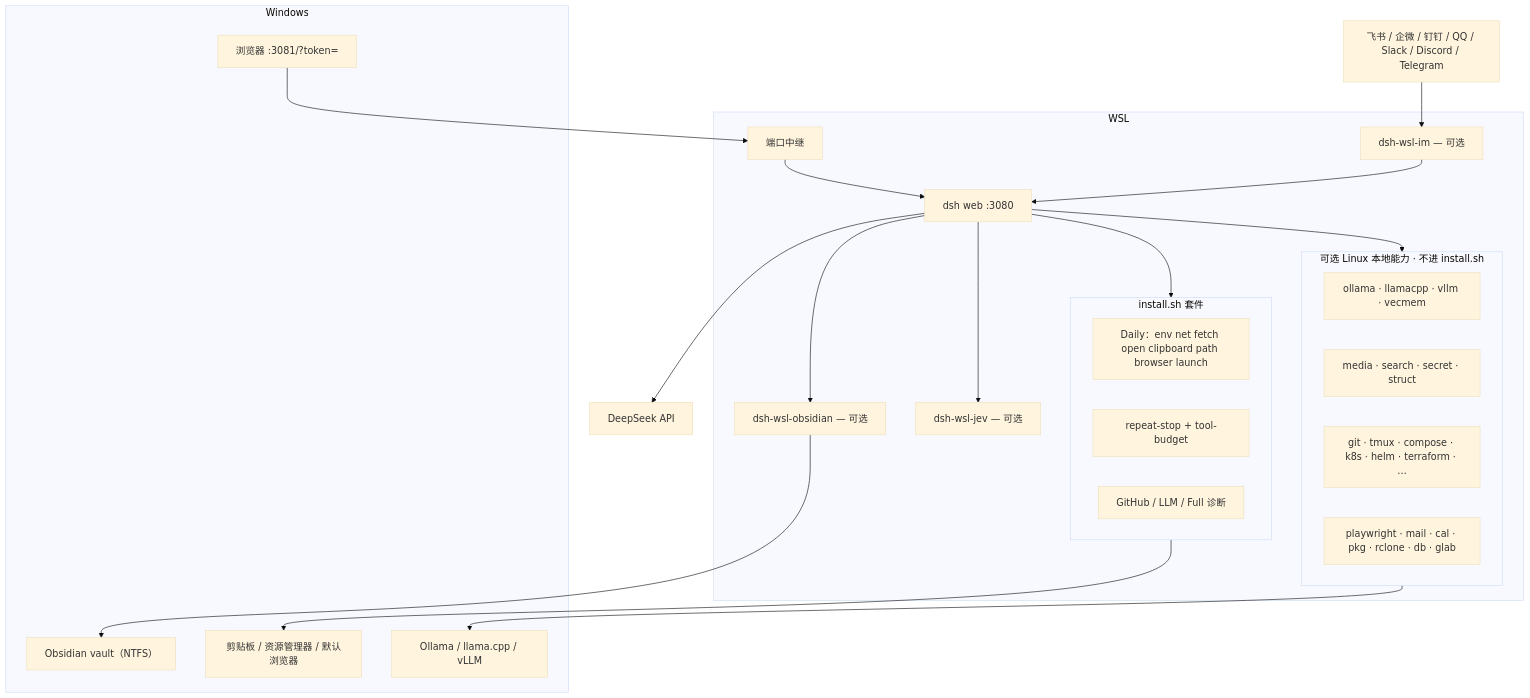
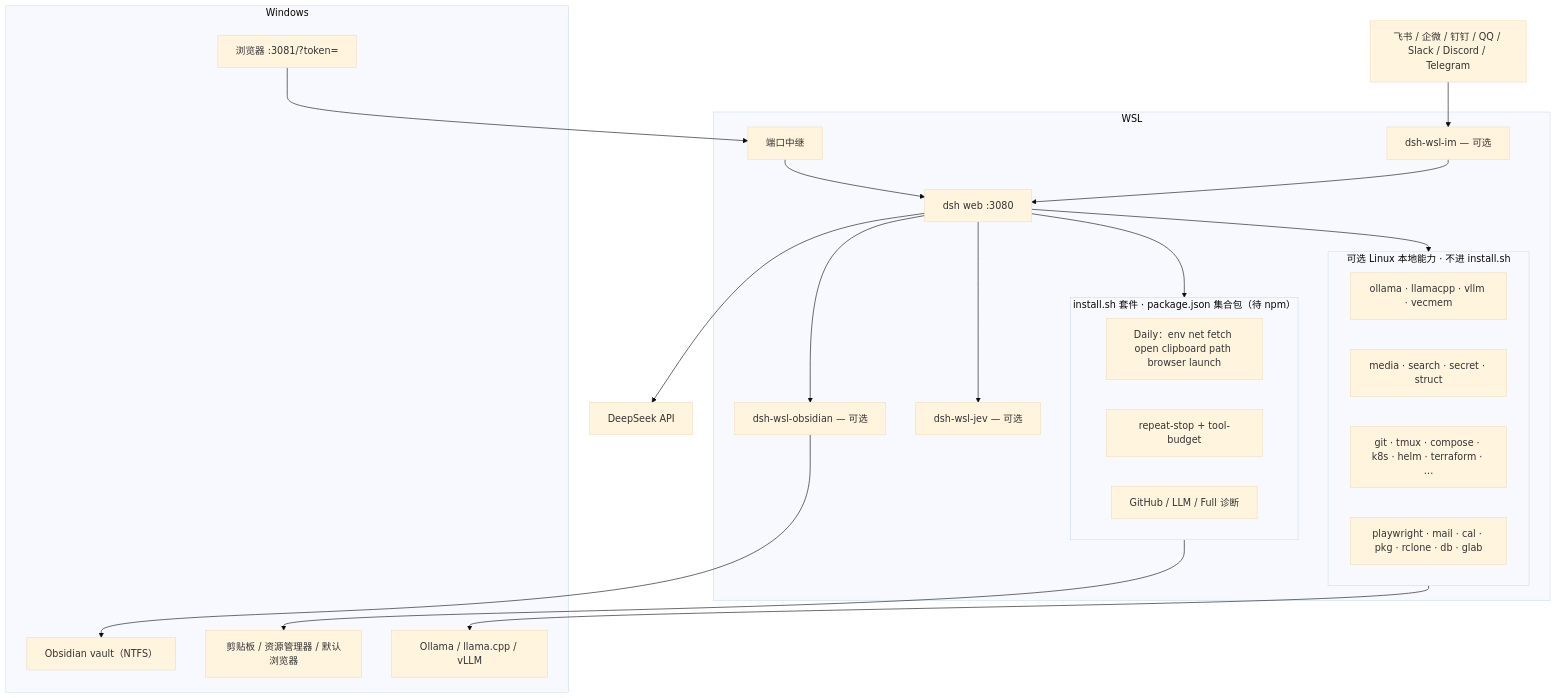
Before and after one commit to 173787247/dsh-wsl-kit: the diagram in README.zh.md, drawn with Mermaid (base theme). The commit also changed other lines of this file and 2 other files, not shown here.

First line of the commit message:
docs: say plainly that the bundle package is not installable yet

````diff
--- a/README.zh.md
+++ b/README.zh.md
@@ -15,40 +15,40 @@
 ```mermaid
 flowchart TB
   subgraph win [Windows]
     browser["浏览器 :3081/?token="]
     host["剪贴板 / 资源管理器 / 默认浏览器"]
     vault["Obsidian vault（NTFS）"]
     localLLM["Ollama / llama.cpp / vLLM"]
   end
   subgraph wslbox [WSL]
     relay["端口中继"]
     dsh["dsh web :3080"]
-    subgraph kitPlugins [install.sh 套件]
+    subgraph kitPlugins ["install.sh 套件 · package.json 集合包（待 npm）"]
       daily["Daily：env net fetch open clipboard path browser launch"]
       guards["repeat-stop + tool-budget"]
       more["GitHub / LLM / Full 诊断"]
     end
     subgraph linuxOpt [可选 Linux 本地能力 · 不进 install.sh]
       infer["ollama · llamacpp · vllm · vecmem"]
       media["media · search · secret · struct"]
       devops["git · tmux · compose · k8s · helm · terraform · …"]
       desk["playwright · mail · cal · pkg · rclone · db · glab"]
     end
     im["dsh-wsl-im — 可选"]
     obsidian["dsh-wsl-obsidian — 可选"]
     jev["dsh-wsl-jev — 可选"]
   end
   api["DeepSeek API"]
   chats["飞书 / 企微 / 钉钉 / QQ / Slack / Discord / Telegram"]
 
   browser --> relay --> dsh
   dsh --> kitPlugins
   dsh --> linuxOpt
   dsh --> api
   linuxOpt --> localLLM
   kitPlugins --> host
   chats --> im --> dsh
   obsidian --> vault
   dsh --> obsidian
   dsh --> jev
 ```
````
